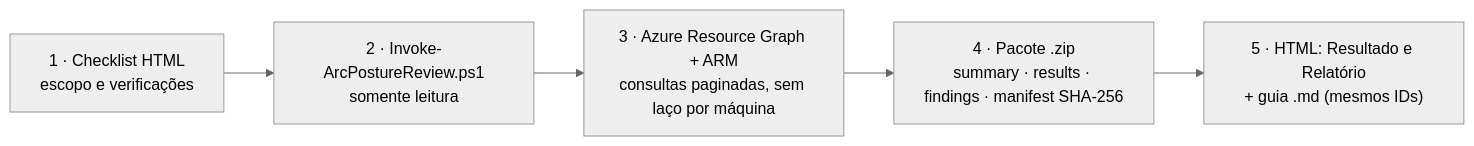
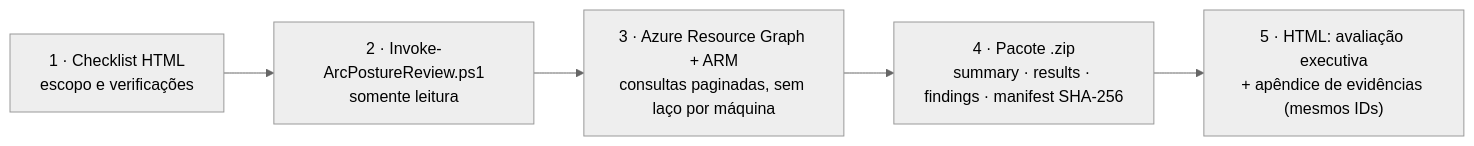
The second of 18 diagrams in docs/guide.pt-BR.md (fabiotreze/arc-posture-review), drawn with Mermaid (neutral theme) before and after one commit. The commit also changed other lines of this file and 31 other files, not shown here.

````diff
--- a/docs/guide.pt-BR.md
+++ b/docs/guide.pt-BR.md
@@ -36,8 +46,8 @@
 ```mermaid
 %% svg:flow
 flowchart LR
   H["1 · Checklist HTML<br/>escopo e verificações"] --> S["2 · Invoke-ArcPostureReview.ps1<br/>somente leitura"]
   S --> G["3 · Azure Resource Graph + ARM<br/>consultas paginadas, sem laço por máquina"]
   G --> Z["4 · Pacote .zip<br/>summary · results · findings · manifest SHA-256"]
-  Z --> R["5 · HTML: Resultado e Relatório<br/>+ guia .md (mesmos IDs)"]
+  Z --> R["5 · HTML: avaliação executiva<br/>+ apêndice de evidências (mesmos IDs)"]
 ```
````
